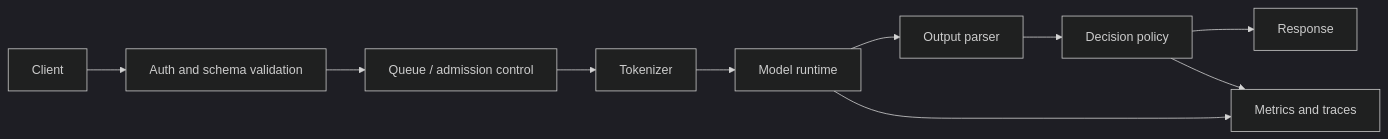
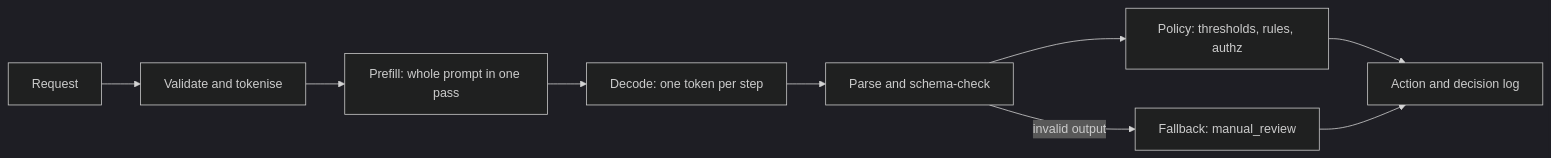
Before and after one commit to vkdev01/engineering-notes: the first of 4 diagrams in content/practical-slm-decision-models/13-serving-and-deployment.md, drawn with Mermaid (dark theme). The commit also changed other lines of this file and 20 other files, not shown here.

````diff
--- a/content/practical-slm-decision-models/13-serving-and-deployment.md
+++ b/content/practical-slm-decision-models/13-serving-and-deployment.md
@@ -17,12 +26,11 @@
-~~~mermaid
+```mermaid
 flowchart LR
-  A[Client] --> B[Auth and schema validation]
-  B --> C[Queue / admission control]
-  C --> D[Tokenizer]
-  D --> E[Model runtime]
-  E --> F[Output parser]
-  F --> G[Decision policy]
-  G --> H[Response]
-  E --> I[Metrics and traces]
-  G --> I
-~~~
+  A[Request] --> B[Validate and tokenise]
+  B --> C[Prefill: whole prompt in one pass]
+  C --> D[Decode: one token per step]
+  D --> E[Parse and schema-check]
+  E --> F[Policy: thresholds, rules, authz]
+  F --> G[Action and decision log]
+  E -->|invalid output| H[Fallback: manual_review]
+  H --> G
+```
````
